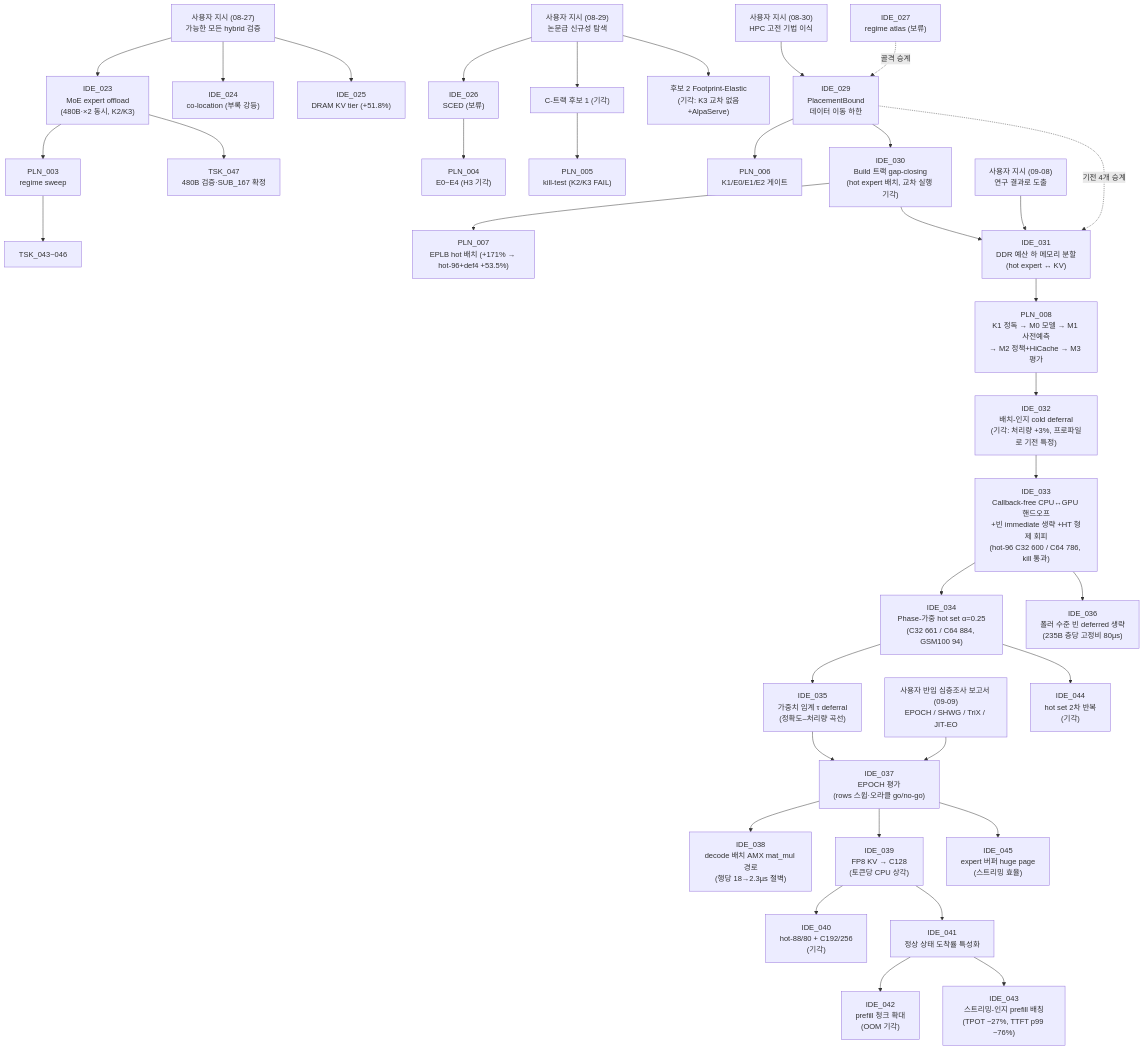
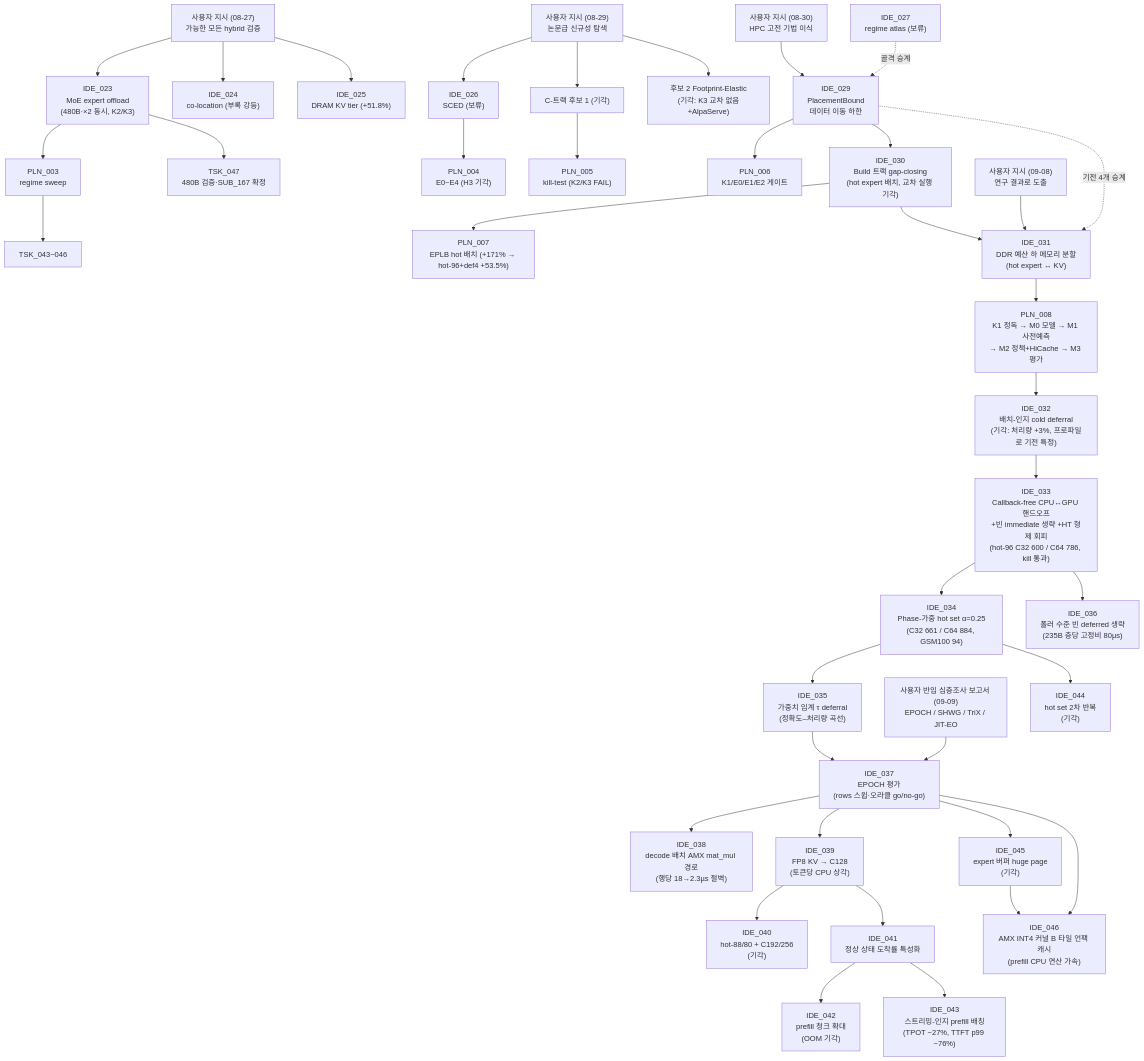
The second of 2 diagrams in shadow_assists/README.md (mystous/vllm_hybrid), drawn with Mermaid before and after one commit. The commit also changed 15 other files, not shown here.

First line of the commit message:
eval+docs(IDE_045): huge page 기각 (C160/C64 대조 동일; 1차 C64 1093 은 prefix cache 적중), IDE_046 발급 (AMX INT4 B 타일 언팩 캐시)

````diff
--- a/shadow_assists/README.md
+++ b/shadow_assists/README.md
@@ -270,38 +270,40 @@
 ```mermaid
 graph TD
     U27["사용자 지시 (08-27)<br/>가능한 모든 hybrid 검증"] --> IDE_023["IDE_023<br/>MoE expert offload<br/>(480B·×2 동시, K2/K3)"]
     U27 --> IDE_024["IDE_024<br/>co-location (부록 강등)"]
     U27 --> IDE_025["IDE_025<br/>DRAM KV tier (+51.8%)"]
     IDE_023 --> PLN_003["PLN_003<br/>regime sweep"]
     PLN_003 --> TSK_043["TSK_043~046"]
     IDE_023 --> TSK_047["TSK_047<br/>480B 검증·SUB_167 확정"]
     UN["사용자 지시 (08-29)<br/>논문급 신규성 탐색"] --> IDE_026["IDE_026<br/>SCED (보류)"]
     IDE_026 --> PLN_004["PLN_004<br/>E0~E4 (H3 기각)"]
     UN --> C1["C-트랙 후보 1 (기각)"]
     C1 --> PLN_005["PLN_005<br/>kill-test (K2/K3 FAIL)"]
     UN --> FP["후보 2 Footprint-Elastic<br/>(기각: K3 교차 없음+AlpaServe)"]
     UH["사용자 지시 (08-30)<br/>HPC 고전 기법 이식"] --> IDE_029["IDE_029<br/>PlacementBound<br/>데이터 이동 하한"]
     IDE_027["IDE_027<br/>regime atlas (보류)"] -.골격 승계.-> IDE_029
     IDE_029 --> PLN_006["PLN_006<br/>K1/E0/E1/E2 게이트"]
     IDE_029 --> IDE_030["IDE_030<br/>Build 트랙 gap-closing<br/>(hot expert 배치, 교차 실행 기각)"]
     IDE_030 --> PLN_007["PLN_007<br/>EPLB hot 배치 (+171% → hot-96+def4 +53.5%)"]
     UP["사용자 지시 (09-08)<br/>연구 결과로 도출"] --> IDE_031["IDE_031<br/>DDR 예산 하 메모리 분할<br/>(hot expert ↔ KV)"]
     IDE_030 --> IDE_031
     IDE_029 -.기전 4개 승계.-> IDE_031
     IDE_031 --> PLN_008["PLN_008<br/>K1 정독 → M0 모델 → M1 사전예측<br/>→ M2 정책+HiCache → M3 평가"]
     PLN_008 --> IDE_032["IDE_032<br/>배치-인지 cold deferral<br/>(기각: 처리량 +3%, 프로파일로 기전 특정)"]
     IDE_032 --> IDE_033["IDE_033<br/>Callback-free CPU↔GPU 핸드오프<br/>+빈 immediate 생략 +HT 형제 회피<br/>(hot-96 C32 600 / C64 786, kill 통과)"]
     IDE_033 --> IDE_034["IDE_034<br/>Phase-가중 hot set α=0.25<br/>(C32 661 / C64 884, GSM100 94)"]
     IDE_034 --> IDE_035["IDE_035<br/>가중치 임계 τ deferral<br/>(정확도–처리량 곡선)"]
     IDE_033 --> IDE_036["IDE_036<br/>폴러 수준 빈 deferred 생략<br/>(235B 층당 고정비 80µs)"]
     UP2["사용자 반입 심층조사 보고서 (09-09)<br/>EPOCH / SHWG / TriX / JIT-EO"] --> IDE_037["IDE_037<br/>EPOCH 평가<br/>(rows 스윕·오라클 go/no-go)"]
     IDE_035 --> IDE_037
     IDE_037 --> IDE_038["IDE_038<br/>decode 배치 AMX mat_mul 경로<br/>(행당 18→2.3µs 절벽)"]
     IDE_037 --> IDE_039["IDE_039<br/>FP8 KV → C128<br/>(토큰당 CPU 상각)"]
     IDE_039 --> IDE_040["IDE_040<br/>hot-88/80 + C192/256<br/>(기각)"]
     IDE_039 --> IDE_041["IDE_041<br/>정상 상태 도착률 특성화"]
     IDE_041 --> IDE_042["IDE_042<br/>prefill 청크 확대<br/>(OOM 기각)"]
     IDE_041 --> IDE_043["IDE_043<br/>스트리밍-인지 prefill 배칭<br/>(TPOT −27%, TTFT p99 −76%)"]
     IDE_034 --> IDE_044["IDE_044<br/>hot set 2차 반복<br/>(기각)"]
-    IDE_037 --> IDE_045["IDE_045<br/>expert 버퍼 huge page<br/>(스트리밍 효율)"]
+    IDE_037 --> IDE_045["IDE_045<br/>expert 버퍼 huge page<br/>(기각)"]
+    IDE_045 --> IDE_046["IDE_046<br/>AMX INT4 커널 B 타일 언팩 캐시<br/>(prefill CPU 연산 가속)"]
+    IDE_037 --> IDE_046
 ```
````
